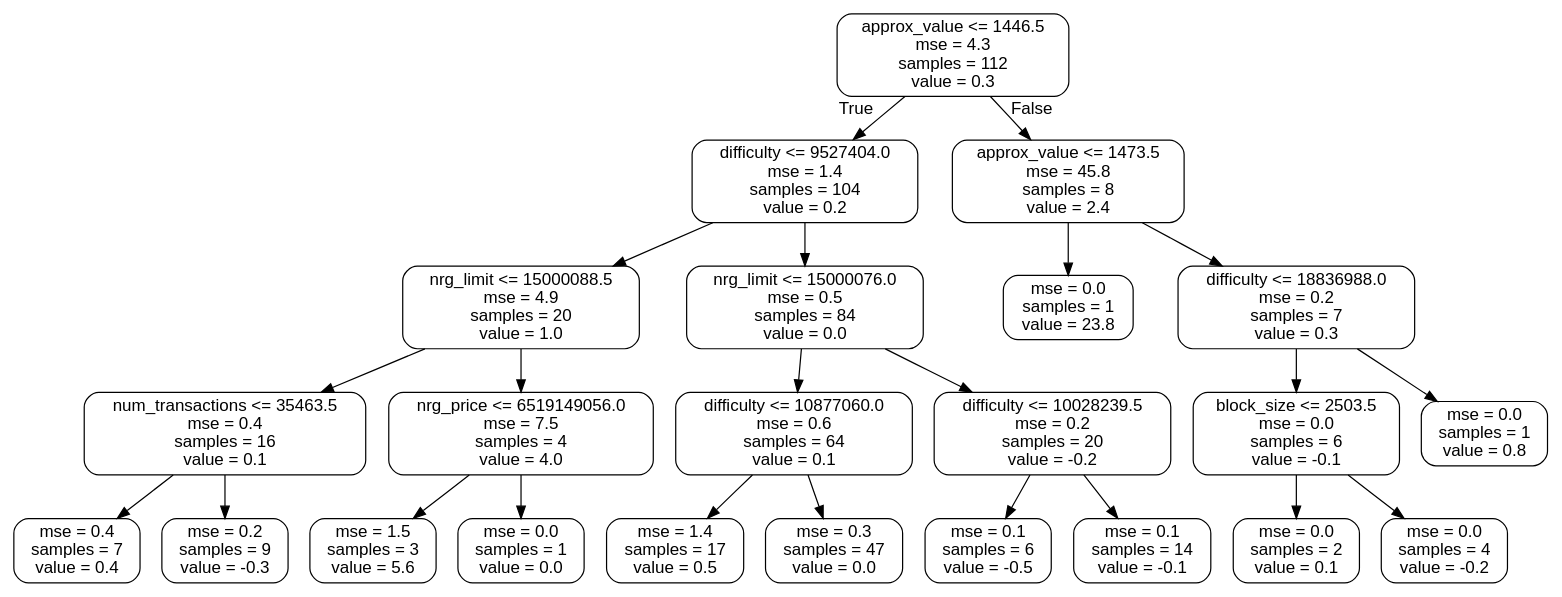
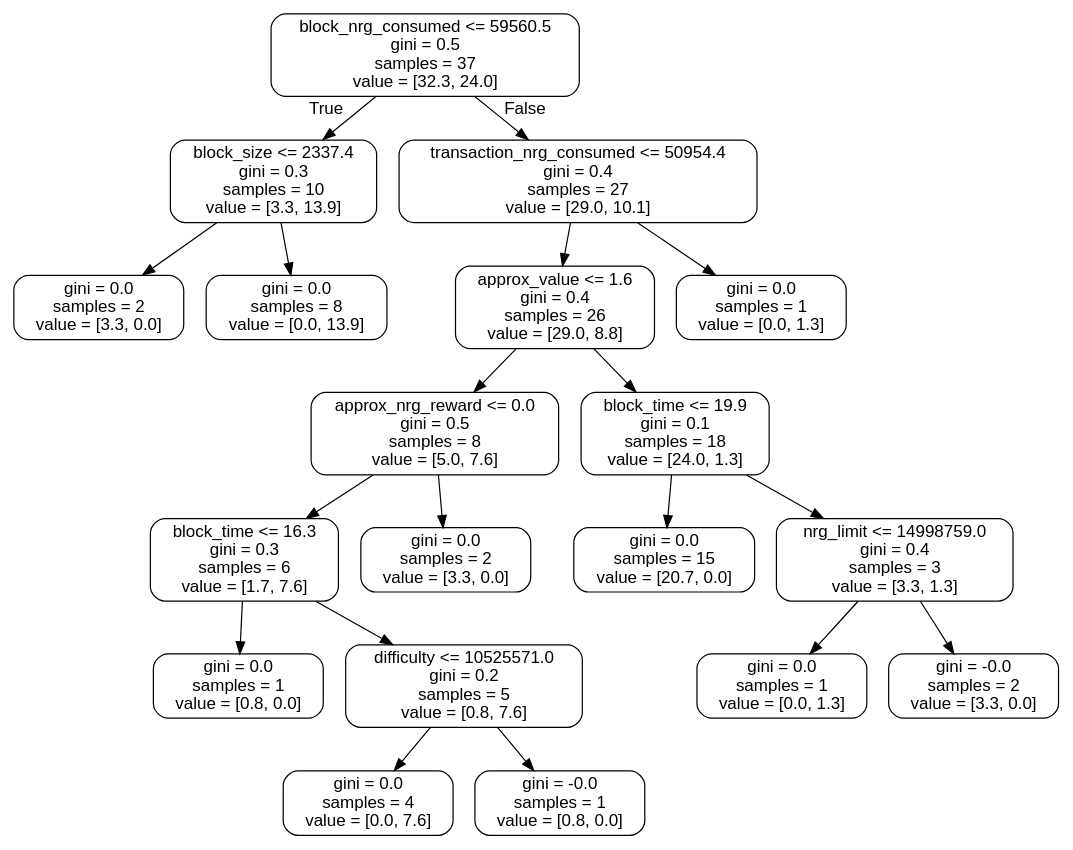
One commit to andre-aion/aion_analytics changed the diagram in small_tree.dot. Above: the diagram before and after it, drawn with Graphviz. The commit also changed 28 other files, not shown here.

```diff
--- a/small_tree.dot
+++ b/small_tree.dot
@@ -1,49 +1,41 @@
 digraph Tree {
 node [shape=box, style="rounded", color="black", fontname=helvetica] ;
 edge [fontname=helvetica] ;
-0 [label="approx_value <= 1446.5\nmse = 4.3\nsamples = 112\nvalue = 0.3"] ;
-1 [label="difficulty <= 9527404.0\nmse = 1.4\nsamples = 104\nvalue = 0.2"] ;
+0 [label="block_nrg_consumed <= 59560.5\ngini = 0.5\nsamples = 37\nvalue = [32.3, 24.0]"] ;
+1 [label="block_size <= 2337.4\ngini = 0.3\nsamples = 10\nvalue = [3.3, 13.9]"] ;
 0 -> 1 [labeldistance=2.5, labelangle=45, headlabel="True"] ;
-2 [label="nrg_limit <= 15000088.5\nmse = 4.9\nsamples = 20\nvalue = 1.0"] ;
+2 [label="gini = 0.0\nsamples = 2\nvalue = [3.3, 0.0]"] ;
 1 -> 2 ;
-3 [label="num_transactions <= 35463.5\nmse = 0.4\nsamples = 16\nvalue = 0.1"] ;
-2 -> 3 ;
-4 [label="mse = 0.4\nsamples = 7\nvalue = 0.4"] ;
-3 -> 4 ;
-5 [label="mse = 0.2\nsamples = 9\nvalue = -0.3"] ;
-3 -> 5 ;
-6 [label="nrg_price <= 6519149056.0\nmse = 7.5\nsamples = 4\nvalue = 4.0"] ;
-2 -> 6 ;
-7 [label="mse = 1.5\nsamples = 3\nvalue = 5.6"] ;
+3 [label="gini = 0.0\nsamples = 8\nvalue = [0.0, 13.9]"] ;
+1 -> 3 ;
+4 [label="transaction_nrg_consumed <= 50954.4\ngini = 0.4\nsamples = 27\nvalue = [29.0, 10.1]"] ;
+0 -> 4 [labeldistance=2.5, labelangle=-45, headlabel="False"] ;
+5 [label="approx_value <= 1.6\ngini = 0.4\nsamples = 26\nvalue = [29.0, 8.8]"] ;
+4 -> 5 ;
+6 [label="approx_nrg_reward <= 0.0\ngini = 0.5\nsamples = 8\nvalue = [5.0, 7.6]"] ;
+5 -> 6 ;
+7 [label="block_time <= 16.3\ngini = 0.3\nsamples = 6\nvalue = [1.7, 7.6]"] ;
 6 -> 7 ;
-8 [label="mse = 0.0\nsamples = 1\nvalue = 0.0"] ;
-6 -> 8 ;
-9 [label="nrg_limit <= 15000076.0\nmse = 0.5\nsamples = 84\nvalue = 0.0"] ;
-1 -> 9 ;
-10 [label="difficulty <= 10877060.0\nmse = 0.6\nsamples = 64\nvalue = 0.1"] ;
+8 [label="gini = 0.0\nsamples = 1\nvalue = [0.8, 0.0]"] ;
+7 -> 8 ;
+9 [label="difficulty <= 10525571.0\ngini = 0.2\nsamples = 5\nvalue = [0.8, 7.6]"] ;
+7 -> 9 ;
+10 [label="gini = 0.0\nsamples = 4\nvalue = [0.0, 7.6]"] ;
 9 -> 10 ;
-11 [label="mse = 1.4\nsamples = 17\nvalue = 0.5"] ;
-10 -> 11 ;
-12 [label="mse = 0.3\nsamples = 47\nvalue = 0.0"] ;
-10 -> 12 ;
-13 [label="difficulty <= 10028239.5\nmse = 0.2\nsamples = 20\nvalue = -0.2"] ;
-9 -> 13 ;
-14 [label="mse = 0.1\nsamples = 6\nvalue = -0.5"] ;
+11 [label="gini = -0.0\nsamples = 1\nvalue = [0.8, 0.0]"] ;
+9 -> 11 ;
+12 [label="gini = 0.0\nsamples = 2\nvalue = [3.3, 0.0]"] ;
+6 -> 12 ;
+13 [label="block_time <= 19.9\ngini = 0.1\nsamples = 18\nvalue = [24.0, 1.3]"] ;
+5 -> 13 ;
+14 [label="gini = 0.0\nsamples = 15\nvalue = [20.7, 0.0]"] ;
 13 -> 14 ;
-15 [label="mse = 0.1\nsamples = 14\nvalue = -0.1"] ;
+15 [label="nrg_limit <= 14998759.0\ngini = 0.4\nsamples = 3\nvalue = [3.3, 1.3]"] ;
 13 -> 15 ;
-16 [label="approx_value <= 1473.5\nmse = 45.8\nsamples = 8\nvalue = 2.4"] ;
-0 -> 16 [labeldistance=2.5, labelangle=-45, headlabel="False"] ;
-17 [label="mse = 0.0\nsamples = 1\nvalue = 23.8"] ;
-16 -> 17 ;
-18 [label="difficulty <= 18836988.0\nmse = 0.2\nsamples = 7\nvalue = 0.3"] ;
-16 -> 18 ;
-19 [label="block_size <= 2503.5\nmse = 0.0\nsamples = 6\nvalue = -0.1"] ;
-18 -> 19 ;
-20 [label="mse = 0.0\nsamples = 2\nvalue = 0.1"] ;
-19 -> 20 ;
-21 [label="mse = 0.0\nsamples = 4\nvalue = -0.2"] ;
-19 -> 21 ;
-22 [label="mse = 0.0\nsamples = 1\nvalue = 0.8"] ;
-18 -> 22 ;
+16 [label="gini = 0.0\nsamples = 1\nvalue = [0.0, 1.3]"] ;
+15 -> 16 ;
+17 [label="gini = -0.0\nsamples = 2\nvalue = [3.3, 0.0]"] ;
+15 -> 17 ;
+18 [label="gini = 0.0\nsamples = 1\nvalue = [0.0, 1.3]"] ;
+4 -> 18 ;
 }
```
